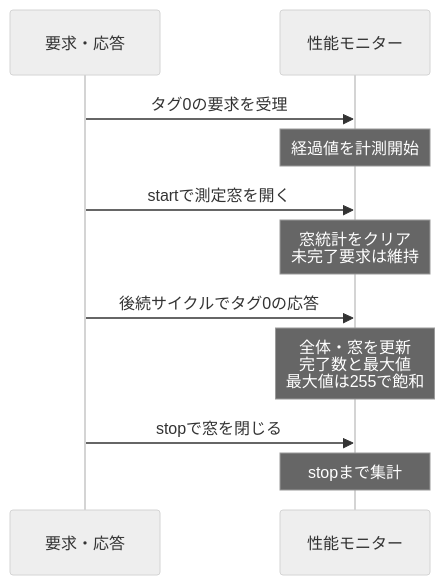
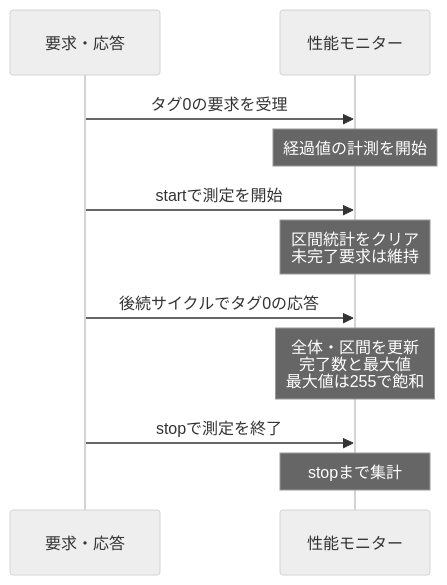
Before and after one commit to kurochan001/lsi-verification-method: the second of 2 diagrams in examples/local-performance-monitor/README.md, drawn with Mermaid (neutral theme). The commit also changed other lines of this file and 91 other files, not shown here.

````diff
--- a/examples/local-performance-monitor/README.md
+++ b/examples/local-performance-monitor/README.md
@@ -36,15 +36,15 @@
 ```mermaid
 sequenceDiagram
-  accTitle: 要求の発行時刻と測定窓の完了集計
-  accDescr: 窓より前に発行した要求でも、窓内で完了すれば全期間のレイテンシを窓最大値へ反映する。
+  accTitle: 要求の発行時刻と測定区間の完了集計
+  accDescr: 測定開始より前に発行した要求でも、測定区間内で完了すれば全期間のレイテンシを区間内の最大レイテンシへ反映する。
   participant Q as 要求・応答
   participant M as 性能モニター
   Q->>M: タグ0の要求を受理
-  Note over M: 経過値を計測開始
-  Q->>M: startで測定窓を開く
-  Note over M: 窓統計をクリア<br/>未完了要求は維持
+  Note over M: 経過値の計測を開始
+  Q->>M: startで測定を開始
+  Note over M: 区間統計をクリア<br/>未完了要求は維持
   Q->>M: 後続サイクルでタグ0の応答
-  Note over M: 全体・窓を更新<br/>完了数と最大値<br/>最大値は255で飽和
-  Q->>M: stopで窓を閉じる
+  Note over M: 全体・区間を更新<br/>完了数と最大値<br/>最大値は255で飽和
+  Q->>M: stopで測定を終了
   Note over M: stopまで集計
 ```
````
